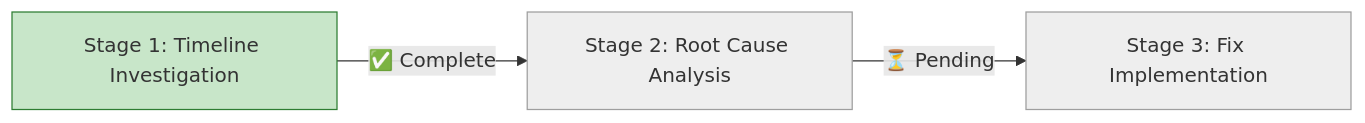
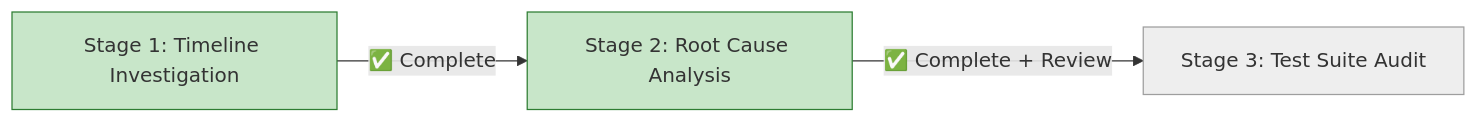
The diagram in docs/proposals/26-fix-failing-bats-unit-tests/progress.md (info-tech-io/hugo-templates), drawn with Mermaid before and after one commit. The commit also changed other lines of this file and 8 other files, not shown here.

````diff
--- a/docs/proposals/26-fix-failing-bats-unit-tests/progress.md
+++ b/docs/proposals/26-fix-failing-bats-unit-tests/progress.md
@@ -5,13 +5,13 @@
 ```mermaid
 graph LR
     A[Stage 1: Timeline Investigation] -->|✅ Complete| B[Stage 2: Root Cause Analysis]
-    B -->|⏳ Pending| C[Stage 3: Fix Implementation]
+    B -->|✅ Complete + Review| C[Stage 3: Test Suite Audit]
 
     style A fill:#c8e6c9,stroke:#2e7d32
-    style B fill:#eeeeee,stroke:#9e9e9e
+    style B fill:#c8e6c9,stroke:#2e7d32
     style C fill:#eeeeee,stroke:#9e9e9e
 
-    click A "001-timeline-investigation.md"
-    click B "002-root-cause-analysis.md"
-    click C "003-fix-implementation.md"
+    click A "001-progress.md"
+    click B "002-progress.md"
+    click C "003-test-suite-audit.md"
 ```
````
